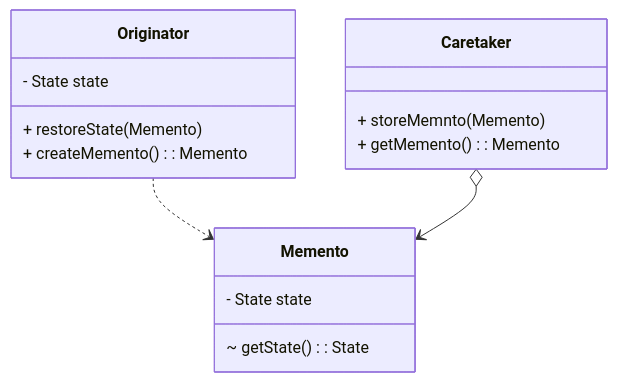
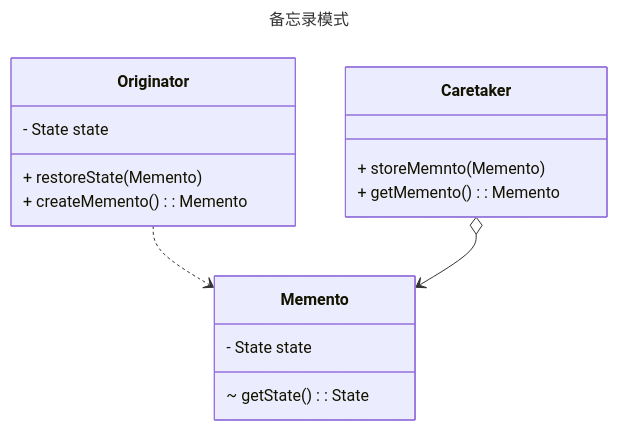
One commit to wqf31415/wqf31415.github.io changed the first of 2 diagrams in source/_drafts/设计模式之备忘录模式.md. Above: the diagram before and after it, drawn with Mermaid.

Commit message:
:warning: 添加类图标题

````diff
--- a/source/_drafts/设计模式之备忘录模式.md
+++ b/source/_drafts/设计模式之备忘录模式.md
@@ -17,22 +17,22 @@
 ```mermaid
 ---
-备忘录模式
+title: 备忘录模式
 ---
 classDiagram
 Originator ..> Memento
 class Originator {
   - State state
   + restoreState(Memento)
   + createMemento(): Memento
 }
 class Memento {
   - State state
   ~ getState(): State
 }
 
 Caretaker o--> Memento
 class Caretaker {
   + storeMemnto(Memento)
   + getMemento(): Memento
 }
 ```
````
